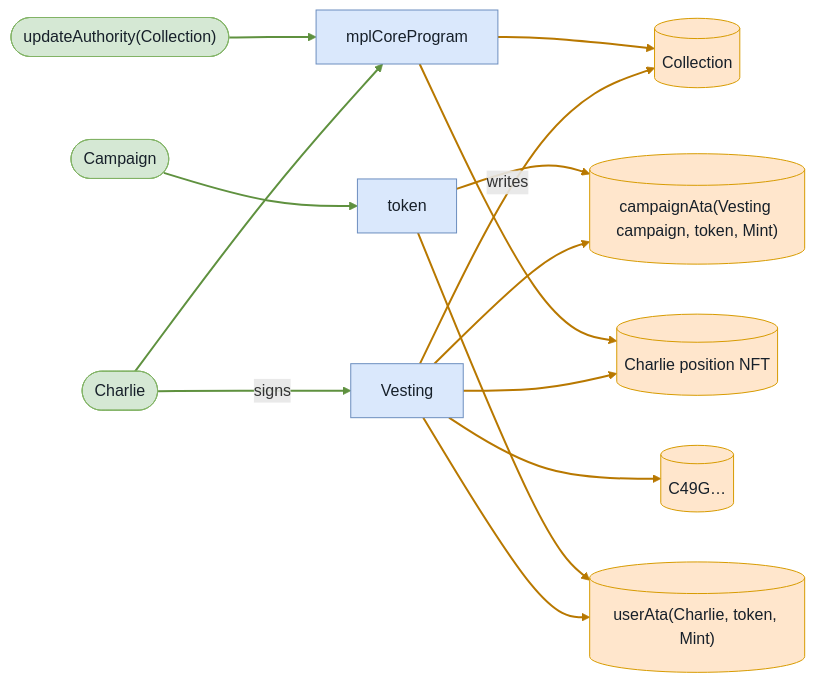
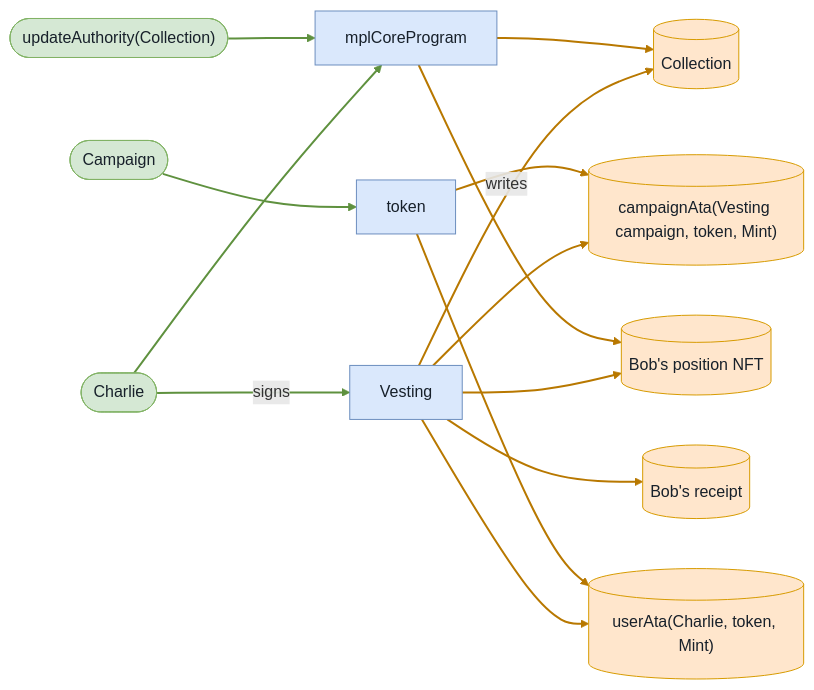
Diagram 26 of 36 in babelfish-tests/test-report/full_lifecycle.md (cds-turbin3/vesting-position), drawn with Mermaid before and after one commit. The commit also changed other lines of this file and 104 other files, not shown here.

````diff
--- a/babelfish-tests/test-report/full_lifecycle.md
+++ b/babelfish-tests/test-report/full_lifecycle.md
@@ -1105,32 +1105,32 @@
 ```mermaid
 flowchart LR
     Vesting["Vesting"]:::program
     Charlie(["Charlie"]):::signer
     Collection[("Collection")]:::state
     campaignAtaVestingcampaigntokenMint[("campaignAta(Vesting campaign, token, Mint)")]:::state
     userAtaCharlietokenMint[("userAta(Charlie, token, Mint)")]:::state
-    CharliepositionNFT[("Charlie position NFT")]:::state
-    C49G[("C49G…")]:::state
+    BobspositionNFT[("Bob's position NFT")]:::state
+    Bobsreceipt[("Bob's receipt")]:::state
     mplCoreProgram["mplCoreProgram"]:::program
     updateAuthorityCollection(["updateAuthority(Collection)"]):::signer
     token["token"]:::program
     Campaign(["Campaign"]):::signer
     Charlie -->|signs| Vesting
     Vesting -->|writes| Collection
     Vesting --> campaignAtaVestingcampaigntokenMint
     Vesting --> userAtaCharlietokenMint
-    Vesting --> CharliepositionNFT
-    Vesting --> C49G
-    mplCoreProgram --> CharliepositionNFT
+    Vesting --> BobspositionNFT
+    Vesting --> Bobsreceipt
+    mplCoreProgram --> BobspositionNFT
     mplCoreProgram --> Collection
     Charlie --> mplCoreProgram
     updateAuthorityCollection --> mplCoreProgram
     token --> campaignAtaVestingcampaigntokenMint
     token --> userAtaCharlietokenMint
     Campaign --> token
     classDef program fill:#dae8fc,stroke:#6c8ebf,color:#17202a;
     classDef signer fill:#d5e8d4,stroke:#82b366,color:#17202a;
     classDef state fill:#ffe6cc,stroke:#d79b00,color:#17202a;
     linkStyle 0,8,9,12 stroke:#5f913f,stroke-width:2px
     linkStyle 1,2,3,4,5,6,7,10,11 stroke:#b87800,stroke-width:2px
 ```
````
